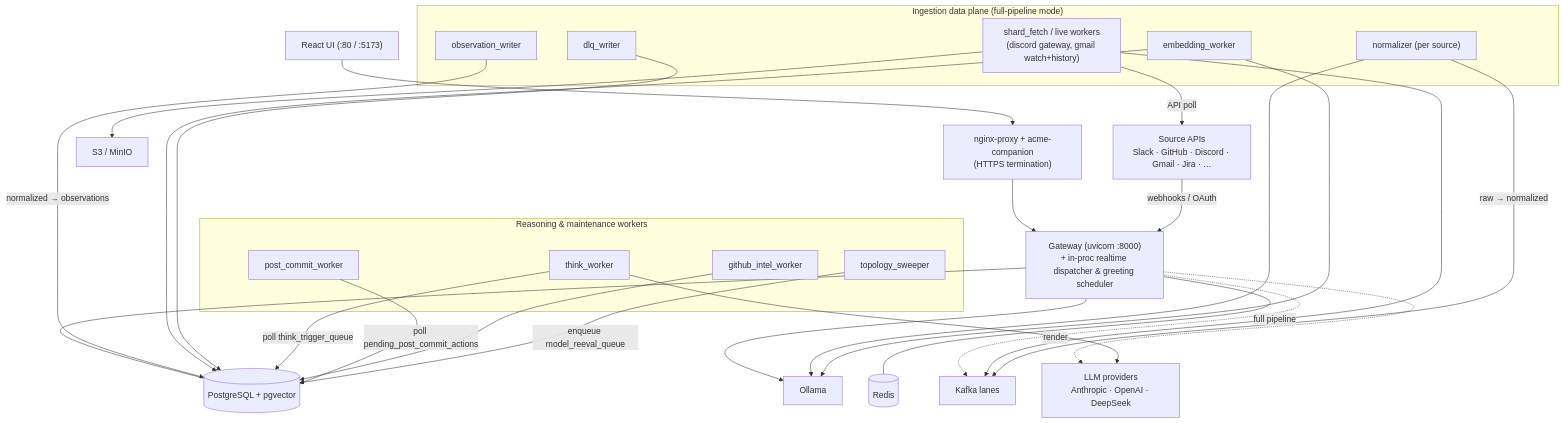
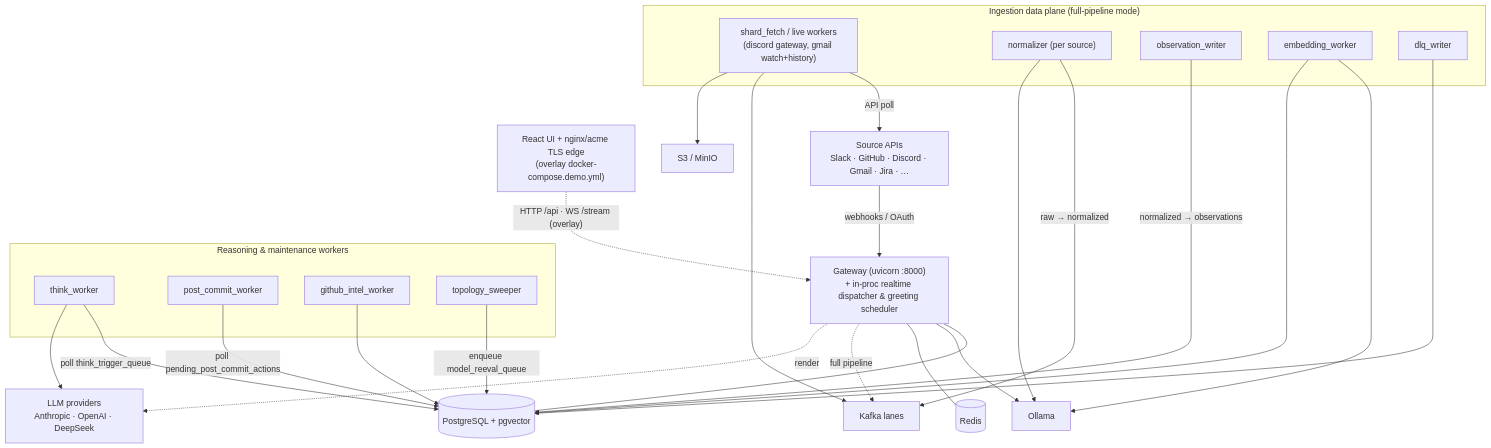
The diagram in docs/architecture/data-plane.md (Fyralisinc/fyraliscore), drawn with Mermaid before and after one commit. The commit also changed other lines of this file and 356 other files, not shown here.

````diff
--- a/docs/architecture/data-plane.md
+++ b/docs/architecture/data-plane.md
@@ -32,53 +38,52 @@
 ```mermaid
 graph TD
-    UI["React UI (:80 / :5173)"]
-    NGINX["nginx-proxy + acme-companion<br/>(HTTPS termination)"]
+    UI["React UI + nginx/acme TLS edge<br/>(overlay docker-compose.demo.yml)"]
     GW["Gateway (uvicorn :8000)<br/>+ in-proc realtime dispatcher & greeting scheduler"]
 
     subgraph ingrestore["Ingestion data plane (full-pipeline mode)"]
       FETCH["shard_fetch / live workers<br/>(discord gateway, gmail watch+history)"]
       NORM["normalizer (per source)"]
       OW["observation_writer"]
       EW["embedding_worker"]
       DLQ["dlq_writer"]
     end
 
     subgraph reasoning["Reasoning & maintenance workers"]
       THINK["think_worker"]
       PCW["post_commit_worker"]
       GHI["github_intel_worker"]
       SWEEP["topology_sweeper"]
     end
 
     PG[("PostgreSQL + pgvector")]
     OLLAMA["Ollama"]
     REDIS[("Redis")]
     KAFKA["Kafka lanes"]
     S3["S3 / MinIO"]
     EXT["Source APIs<br/>Slack · GitHub · Discord · Gmail · Jira · …"]
     LLM["LLM providers<br/>Anthropic · OpenAI · DeepSeek"]
 
-    UI --> NGINX --> GW
+    UI -. "HTTP /api · WS /stream (overlay)" .-> GW
     EXT -->|"webhooks / OAuth"| GW
     GW --- PG
     GW --> OLLAMA
     GW --- REDIS
     GW -. "full pipeline" .-> KAFKA
     GW -. "render" .-> LLM
 
     FETCH -->|"API poll"| EXT
     FETCH --> KAFKA
     FETCH --> S3
     NORM -->|"raw → normalized"| KAFKA
     NORM --> OLLAMA
     OW -->|"normalized → observations"| PG
     EW --> OLLAMA
     EW --> PG
     DLQ --> PG
 
     THINK -->|"poll think_trigger_queue"| PG
     THINK --> LLM
     PCW -->|"poll pending_post_commit_actions"| PG
     GHI --> PG
     SWEEP -->|"enqueue model_reeval_queue"| PG
 ```
````
